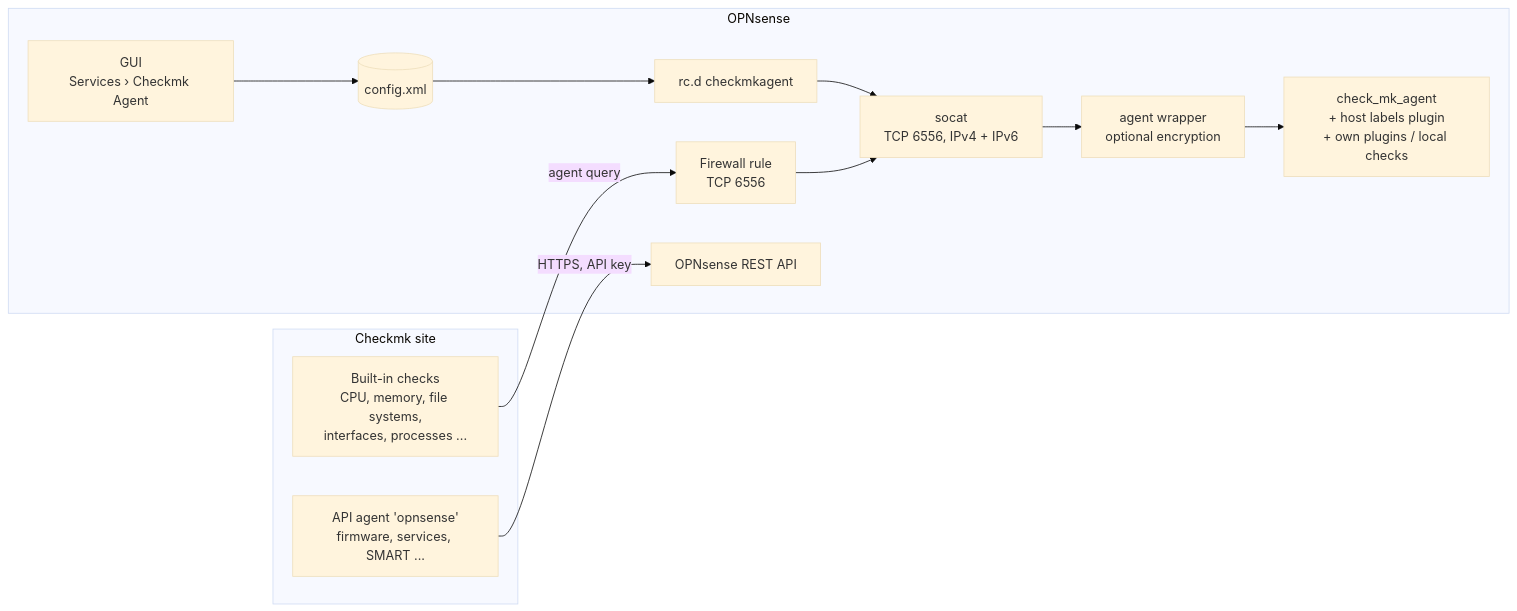
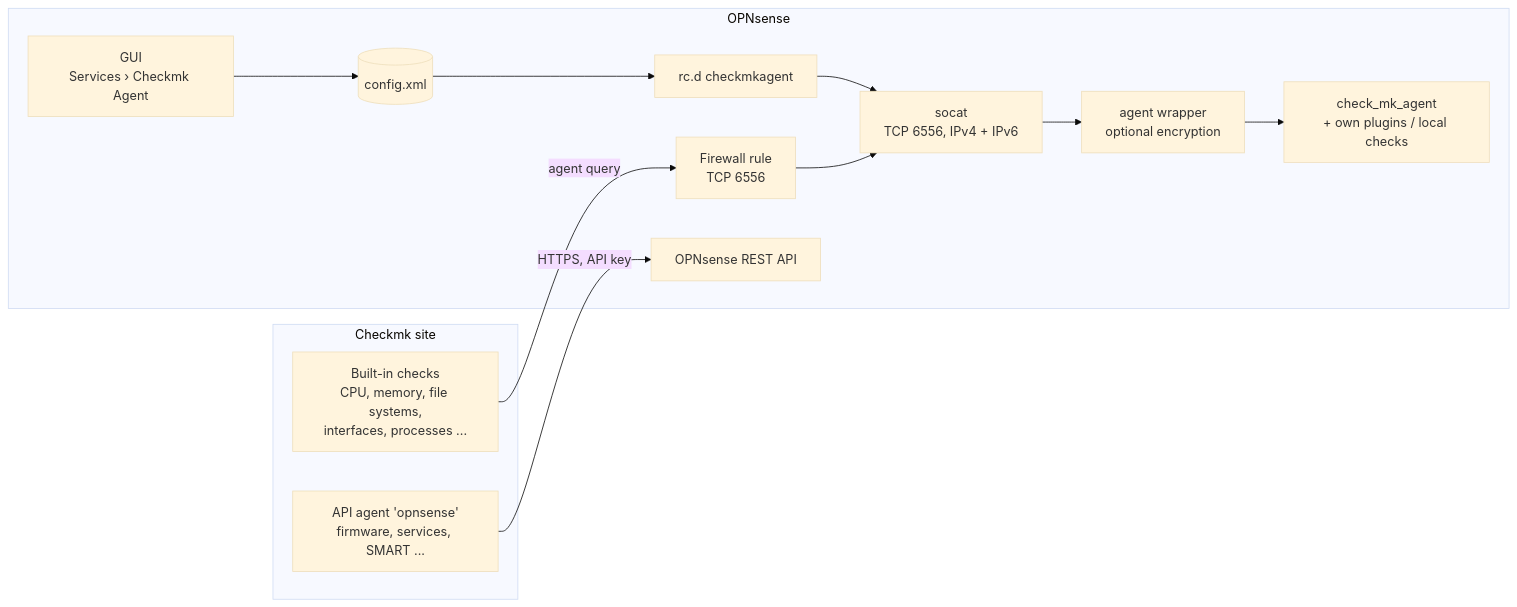
The diagram in README.md (doctore74/opnsense_checkmk_agent), drawn with Mermaid (base theme) before and after one commit. The commit also changed other lines of this file and 14 other files, not shown here.

Commit message:
Docs for the stock agent: optional agent plugins as extras, tests of 1.0-rc5, new screenshots

````diff
--- a/README.md
+++ b/README.md
@@ -44,22 +43,22 @@
 ```mermaid
 flowchart LR
     subgraph OPN["OPNsense"]
         GUI["GUI<br/>Services › Checkmk Agent"]
         CFG[("config.xml")]
         RC["rc.d checkmkagent"]
         FW["Firewall rule<br/>TCP 6556"]
         SOCAT["socat<br/>TCP 6556, IPv4 + IPv6"]
         WRAP["agent wrapper<br/>optional encryption"]
-        AGENT["check_mk_agent<br/>+ host labels plugin<br/>+ own plugins / local checks"]
+        AGENT["check_mk_agent<br/>+ own plugins / local checks"]
         API["OPNsense REST API"]
         GUI --> CFG --> RC --> SOCAT --> WRAP --> AGENT
     end
 
     subgraph CMK["Checkmk site"]
         BUILTIN["Built-in checks<br/>CPU, memory, file systems,<br/>interfaces, processes ..."]
         SPECIAL["API agent 'opnsense'<br/>firmware, services, SMART ..."]
     end
 
     BUILTIN -- "agent query" --> FW --> SOCAT
     SPECIAL -- "HTTPS, API key" --> API
 ```
````
